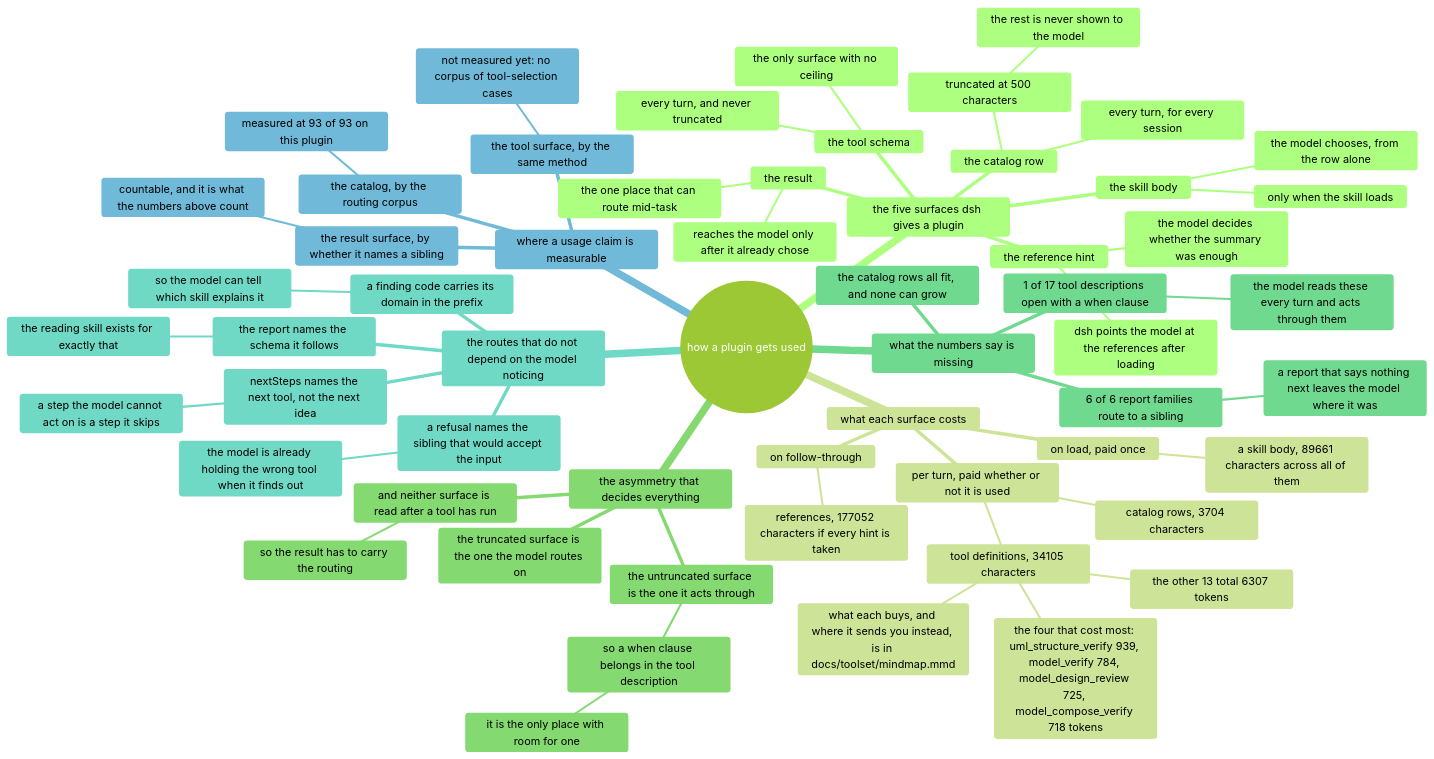
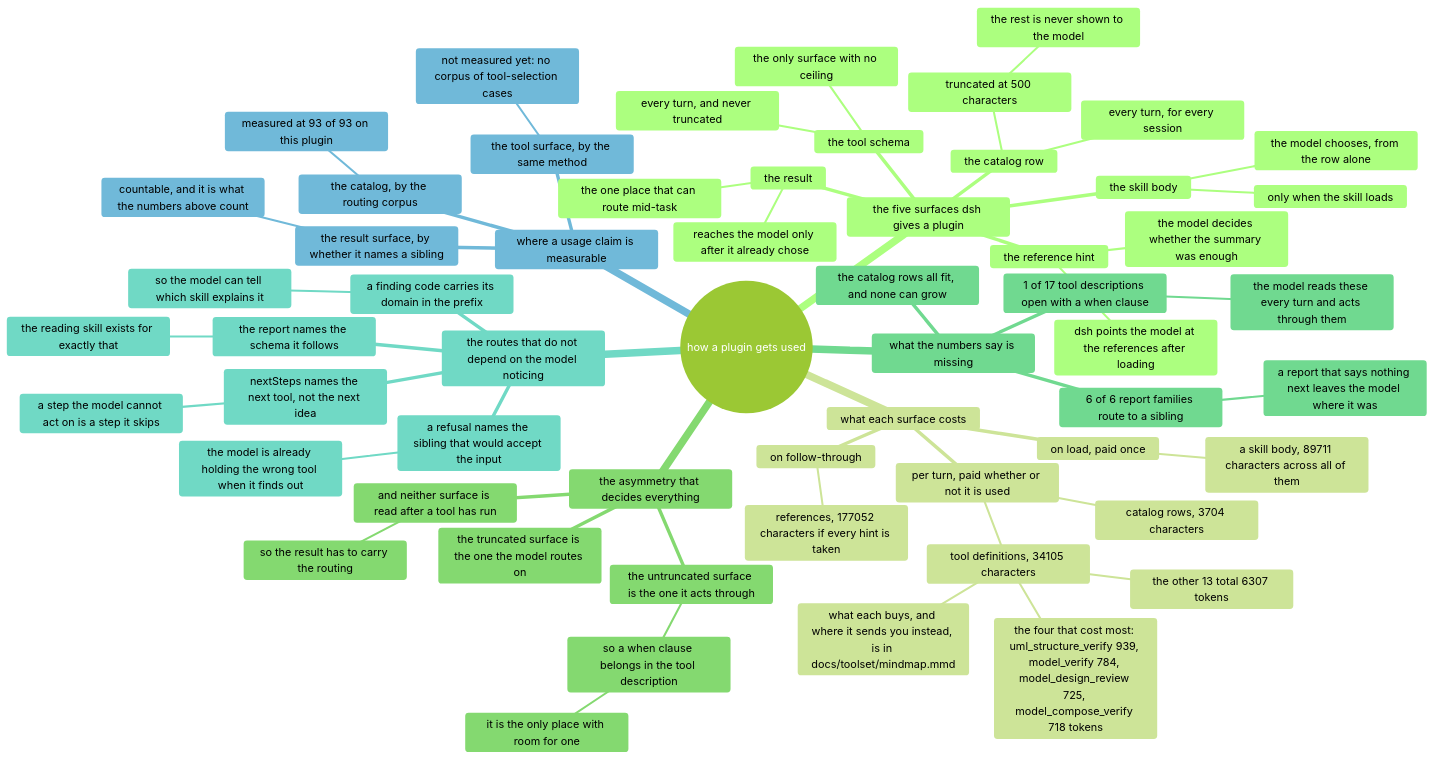
Before and after one commit to AmethystLuna/dsh-model-everything: the diagram in docs/usage/mindmap.mmd, drawn with Mermaid (forest theme). The commit also changed 17 other files, not shown here.

```diff
--- a/docs/usage/mindmap.mmd
+++ b/docs/usage/mindmap.mmd
@@ -1,59 +1,59 @@
 mindmap
 root((how a plugin gets used))
   the five surfaces dsh gives a plugin
     the catalog row
       every turn, for every session
       truncated at 500 characters
         the rest is never shown to the model
     the skill body
       only when the skill loads
       the model chooses, from the row alone
     the reference hint
       dsh points the model at the references after loading
       the model decides whether the summary was enough
     the tool schema
       every turn, and never truncated
       the only surface with no ceiling
     the result
       reaches the model only after it already chose
       the one place that can route mid-task
   what each surface costs
     per turn, paid whether or not it is used
       catalog rows, 3704 characters
       tool definitions, 34105 characters
         the four that cost most: uml_structure_verify 939, model_verify 784, model_design_review 725, model_compose_verify 718 tokens
         the other 13 total 6307 tokens
         what each buys, and where it sends you instead, is in docs/toolset/mindmap.mmd
     on load, paid once
-      a skill body, 89661 characters across all of them
+      a skill body, 89711 characters across all of them
     on follow-through
       references, 177052 characters if every hint is taken
   the asymmetry that decides everything
     the truncated surface is the one the model routes on
     the untruncated surface is the one it acts through
       so a when clause belongs in the tool description
         it is the only place with room for one
     and neither surface is read after a tool has run
       so the result has to carry the routing
   what the numbers say is missing
     1 of 17 tool descriptions open with a when clause
       the model reads these every turn and acts through them
     6 of 6 report families route to a sibling
       a report that says nothing next leaves the model where it was
     the catalog rows all fit, and none can grow
   the routes that do not depend on the model noticing
     a refusal names the sibling that would accept the input
       the model is already holding the wrong tool when it finds out
     nextSteps names the next tool, not the next idea
       a step the model cannot act on is a step it skips
     a finding code carries its domain in the prefix
       so the model can tell which skill explains it
     the report names the schema it follows
       the reading skill exists for exactly that
   where a usage claim is measurable
     the catalog, by the routing corpus
       measured at 93 of 93 on this plugin
     the tool surface, by the same method
       not measured yet: no corpus of tool-selection cases
     the result surface, by whether it names a sibling
       countable, and it is what the numbers above count
```
